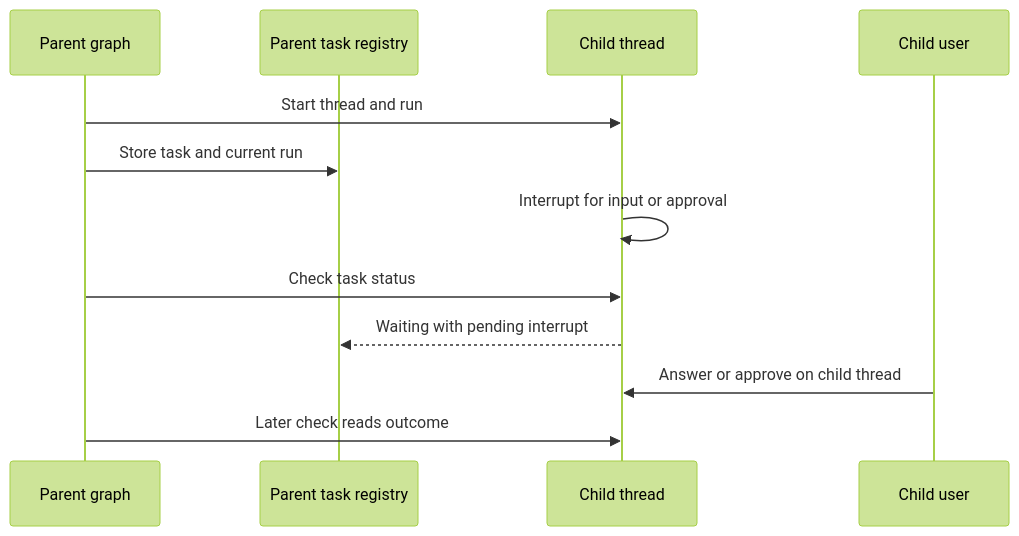
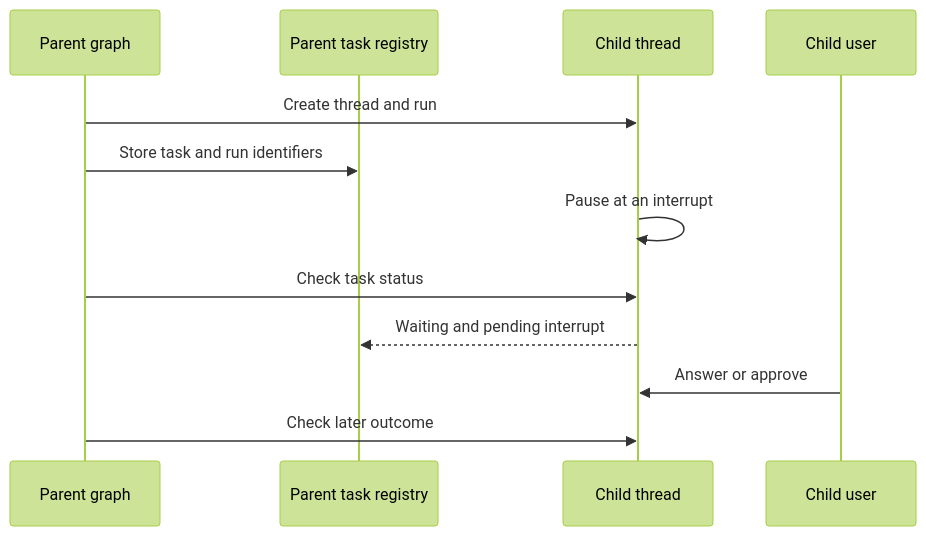
One commit to langchain-ai/deepagents changed the second of 2 diagrams in openwiki/concepts/permissions-hitl.md. Above: the diagram before and after it, drawn with Mermaid (forest theme). The commit also changed other lines of this file and 63 other files, not shown here.

````diff
--- a/openwiki/concepts/permissions-hitl.md
+++ b/openwiki/concepts/permissions-hitl.md
@@ -102,14 +90,14 @@
 ```mermaid
 sequenceDiagram
     participant Parent as Parent graph
-    participant Tasks as Parent task registry
+    participant Registry as Parent task registry
     participant Child as Child thread
     participant User as Child user
-    Parent->>Child: Start thread and run
-    Parent->>Tasks: Store task and current run
-    Child->>Child: Interrupt for input or approval
+    Parent->>Child: Create thread and run
+    Parent->>Registry: Store task and run identifiers
+    Child->>Child: Pause at an interrupt
     Parent->>Child: Check task status
-    Child-->>Tasks: Waiting with pending interrupt
-    User->>Child: Answer or approve on child thread
-    Parent->>Child: Later check reads outcome
+    Child-->>Registry: Waiting and pending interrupt
+    User->>Child: Answer or approve
+    Parent->>Child: Check later outcome
 ```
````
